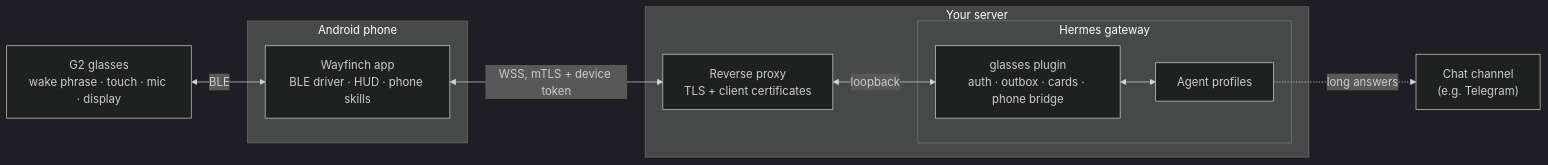
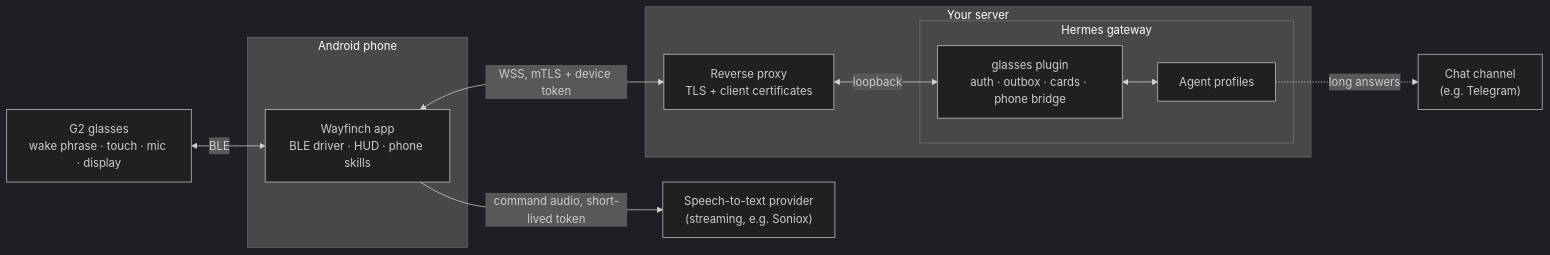
The diagram in README.md (St34x/Wayfinch), drawn with Mermaid (dark theme) before and after one commit. The commit also changed other lines of this file and 107 other files, not shown here.

````diff
--- a/README.md
+++ b/README.md
@@ -20,20 +21,22 @@
 ```mermaid
 flowchart LR
     G["G2 glasses<br/>wake phrase · touch · mic · display"]
     subgraph Phone["Android phone"]
         A["Wayfinch app<br/>BLE driver · HUD · phone skills"]
     end
     subgraph Server["Your server"]
         P["Reverse proxy<br/>TLS + client certificates"]
         subgraph H["Hermes gateway"]
             GP["glasses plugin<br/>auth · outbox · cards · phone bridge"]
             AG["Agent profiles"]
         end
     end
     C["Chat channel<br/>(e.g. Telegram)"]
+    S["Speech-to-text provider<br/>(streaming, e.g. Soniox)"]
     G <-->|"BLE"| A
+    A -->|"command audio, short-lived token"| S
     A <-->|"WSS, mTLS + device token"| P
     P <-->|"loopback"| GP
     GP <--> AG
     AG -.->|"long answers"| C
 ```
````
